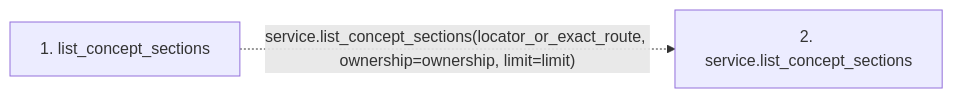
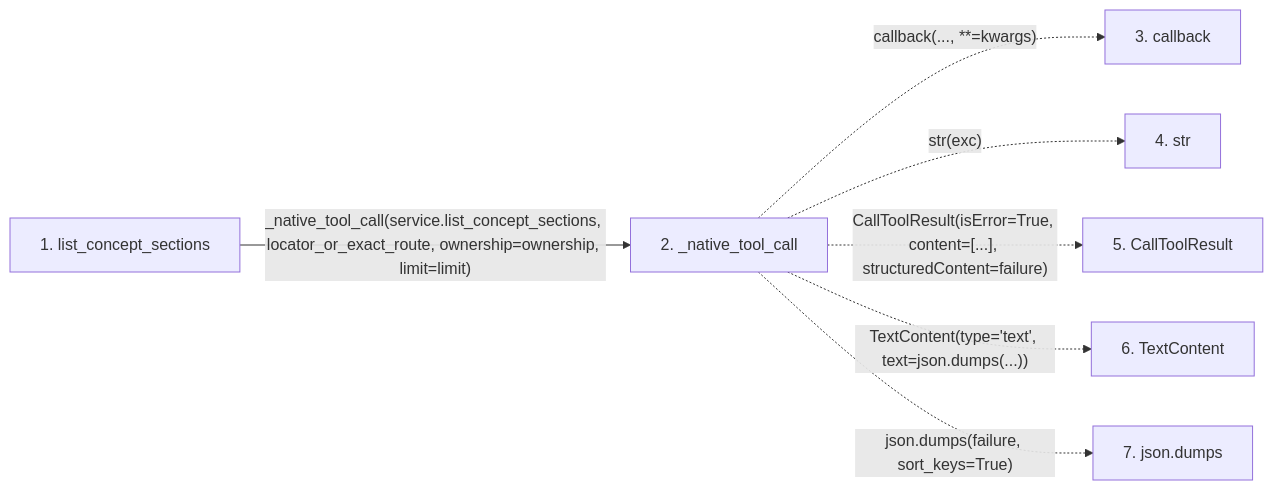
The second of 2 diagrams in docs/llm_wiki/flows/mcp-list_concept_sections.md (Denissvgn/python-wiki-llm), drawn with Mermaid before and after one commit. The commit also changed other lines of this file and 398 other files, not shown here.

````diff
--- a/docs/llm_wiki/flows/mcp-list_concept_sections.md
+++ b/docs/llm_wiki/flows/mcp-list_concept_sections.md
@@ -20,7 +30,18 @@
 ```mermaid
 flowchart LR
     s1["1. list_concept_sections"]
-    s2["2. service.list_concept_sections"]
-    s1 -. "service.list_concept_sections(locator_or_exact_route, ownership=ownership, limit=limit)" .-> s2
+    s2["2. _native_tool_call"]
+    s3["3. callback"]
+    s4["4. str"]
+    s5["5. CallToolResult"]
+    s6["6. TextContent"]
+    s7["7. json.dumps"]
+    s1 -->|"_native_tool_call(service.list_concept_sections, locator_or_exact_route, ownership=ownership, limit=limit)"| s2
+    s2 -. "callback(..., **=kwargs)" .-> s3
+    s2 -. "str(exc)" .-> s4
+    s2 -. "CallToolResult(isError=True, content=[...], structuredContent=failure)" .-> s5
+    s2 -. "TextContent(type='text', text=json.dumps(...))" .-> s6
+    s2 -. "json.dumps(failure, sort_keys=True)" .-> s7
     click s1 "../modules/mcp_server.md"
+    click s2 "../modules/mcp_server.md"
 ```
````
